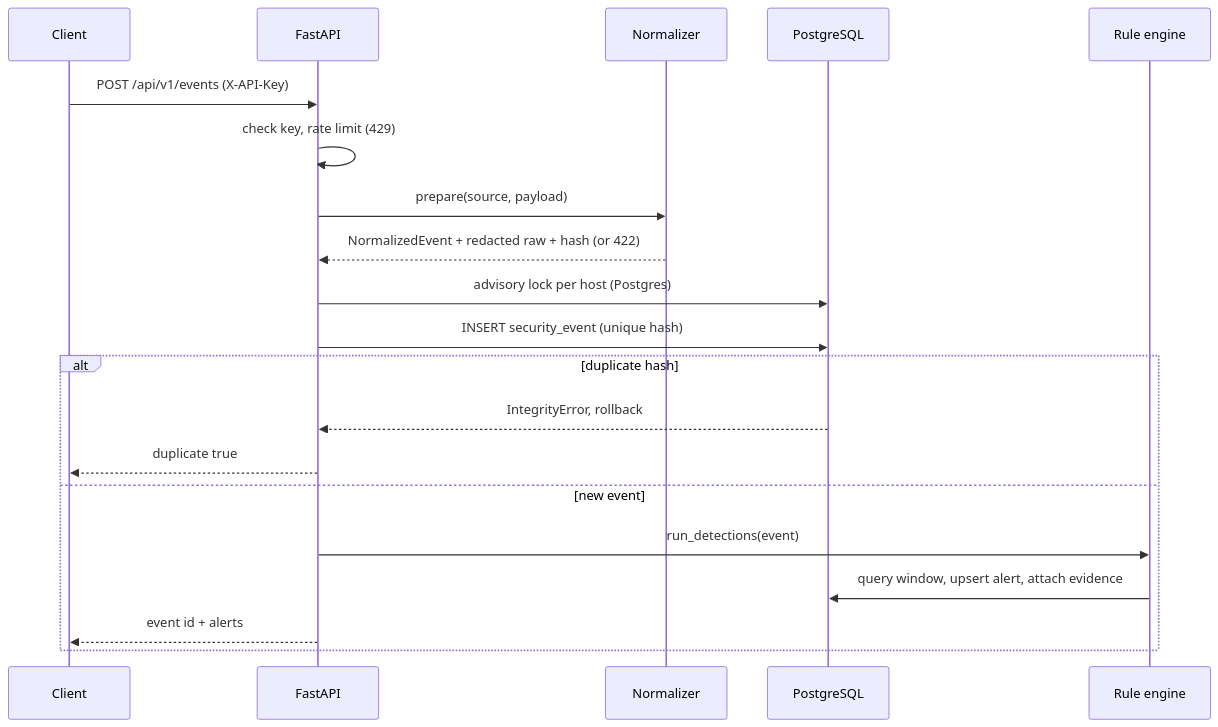
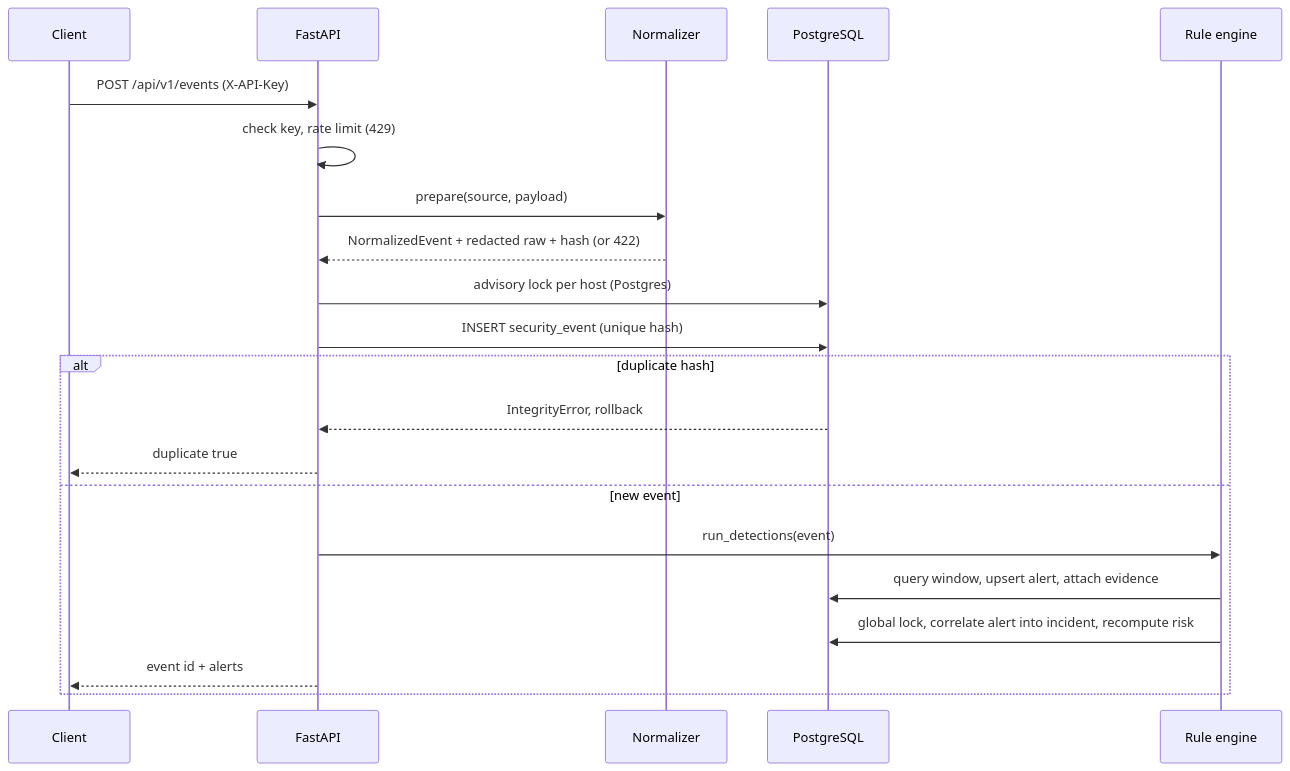
Before and after one commit to duynhat326/SentinelX-Hybrid-AI-powered-Security-Operations-Platform: the second of 2 diagrams in docs/architecture.md, drawn with Mermaid. The commit also changed other lines of this file and 21 other files, not shown here.

First line of the commit message:
feat: correlate alerts into incidents with a deterministic 0-100 risk score

````diff
--- a/docs/architecture.md
+++ b/docs/architecture.md
@@ -44,22 +45,23 @@
 ```mermaid
 sequenceDiagram
     participant C as Client
     participant API as FastAPI
     participant N as Normalizer
     participant DB as PostgreSQL
     participant R as Rule engine
     C->>API: POST /api/v1/events (X-API-Key)
     API->>API: check key, rate limit (429)
     API->>N: prepare(source, payload)
     N-->>API: NormalizedEvent + redacted raw + hash (or 422)
     API->>DB: advisory lock per host (Postgres)
     API->>DB: INSERT security_event (unique hash)
     alt duplicate hash
         DB-->>API: IntegrityError, rollback
         API-->>C: duplicate true
     else new event
         API->>R: run_detections(event)
         R->>DB: query window, upsert alert, attach evidence
+        R->>DB: global lock, correlate alert into incident, recompute risk
         API-->>C: event id + alerts
     end
 ```
````
